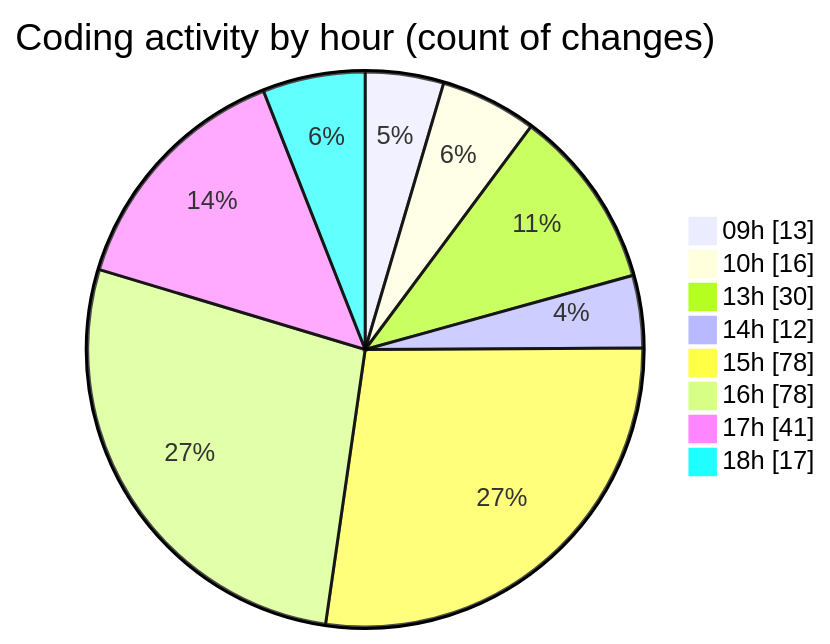
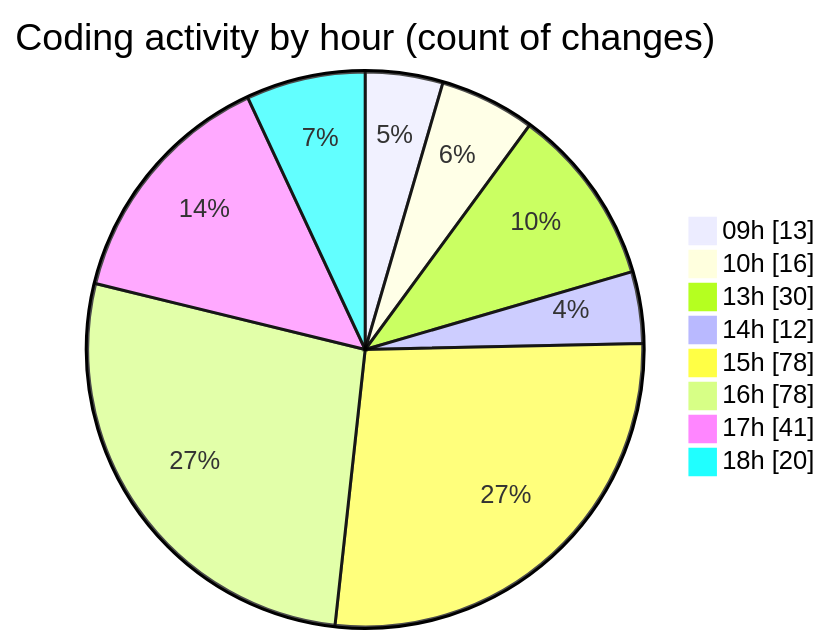
The second of 2 diagrams in 2025-03-31/cda/README.md (momahboobian/code-tracking), drawn with Mermaid before and after one commit. The commit also changed other lines of this file and 1 other file, not shown here.

````diff
--- a/2025-03-31/cda/README.md
+++ b/2025-03-31/cda/README.md
@@ -50,12 +50,12 @@
 ```mermaid
 pie showData
 title Coding activity by hour (count of changes)
 "09h" : 13
 "10h" : 16
 "13h" : 30
 "14h" : 12
 "15h" : 78
 "16h" : 78
 "17h" : 41
-"18h" : 17
+"18h" : 20
 ```
````
